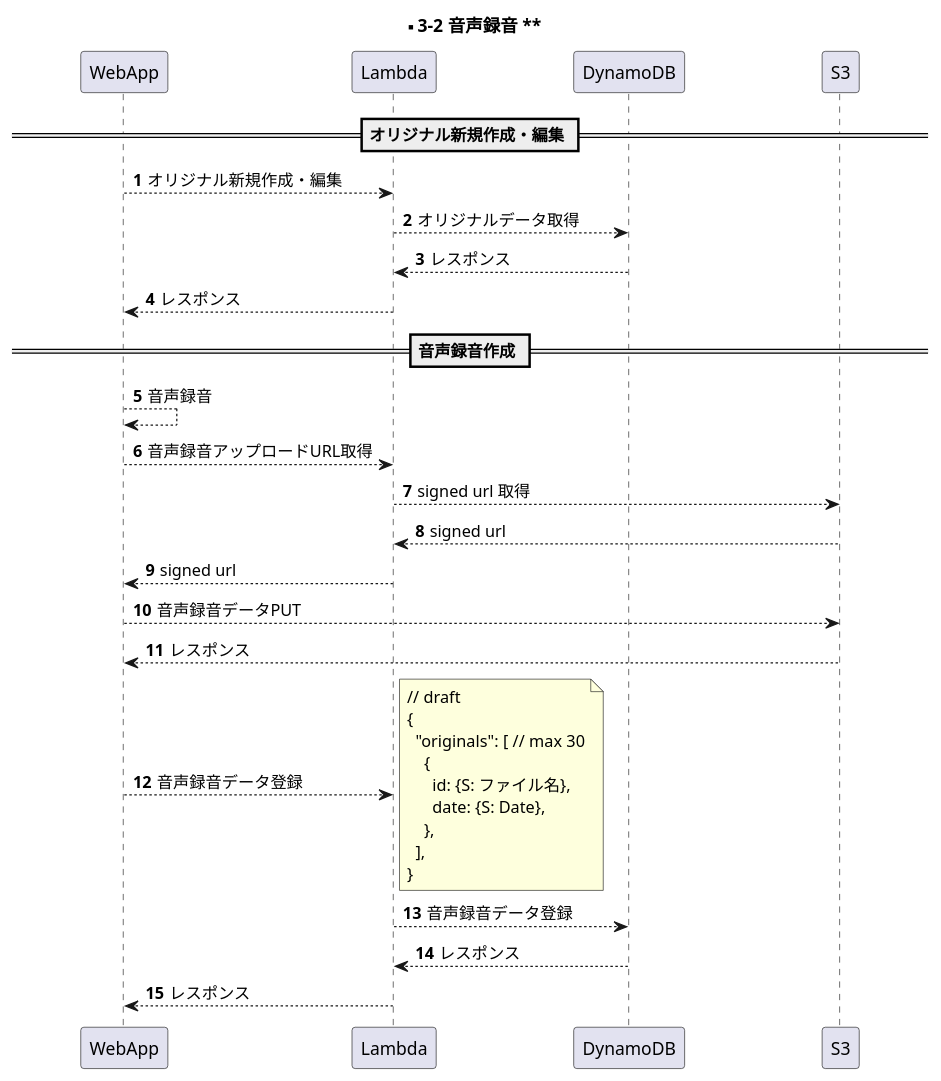
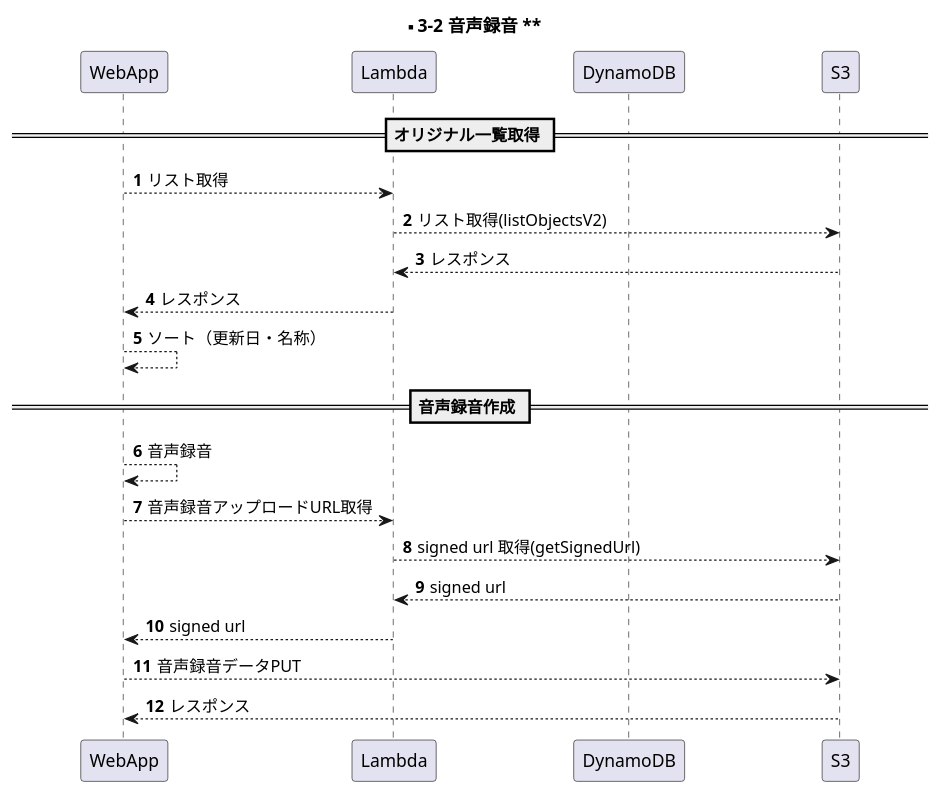
Before and after one commit to y-watanabe-usen/umesse-test: the diagram in documents/uml/s3-2.wsd, drawn with PlantUML. The commit also changed 13 other files, not shown here.

```diff
--- a/documents/uml/s3-2.wsd
+++ b/documents/uml/s3-2.wsd
@@ -1,42 +1,28 @@
 @startuml s3-2
 
 participant WebApp order 1
 participant Lambda order 2
 participant DynamoDB order 3
 participant S3 order 4
 skinparam ParticipantPadding 50
 autonumber
 
 title ** 3-2 音声録音 **
 
-== オリジナル新規作成・編集 ==
-WebApp --> Lambda: オリジナル新規作成・編集
-Lambda --> DynamoDB: オリジナルデータ取得
-Lambda <-- DynamoDB: レスポンス
+== オリジナル一覧取得 ==
+WebApp --> Lambda: リスト取得
+Lambda --> S3: リスト取得(listObjectsV2)
+Lambda <-- S3: レスポンス
 WebApp <-- Lambda: レスポンス
+WebApp --> WebApp: ソート（更新日・名称）
 
 == 音声録音作成 ==
 WebApp --> WebApp: 音声録音
 WebApp --> Lambda: 音声録音アップロードURL取得
-Lambda --> S3: signed url 取得
+Lambda --> S3: signed url 取得(getSignedUrl)
 Lambda <-- S3: signed url
 WebApp <-- Lambda: signed url
 WebApp --> S3: 音声録音データPUT
 WebApp <-- S3: レスポンス
-WebApp --> Lambda: 音声録音データ登録
-note right
-// draft
-{
-  "originals": [ // max 30
-    {
-      id: {S: ファイル名},
-      date: {S: Date},
-    },
-  ],
-}
-end note
-Lambda --> DynamoDB: 音声録音データ登録
-Lambda <-- DynamoDB: レスポンス
-WebApp <-- Lambda: レスポンス
 
 @enduml
```
